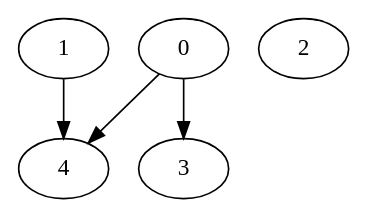
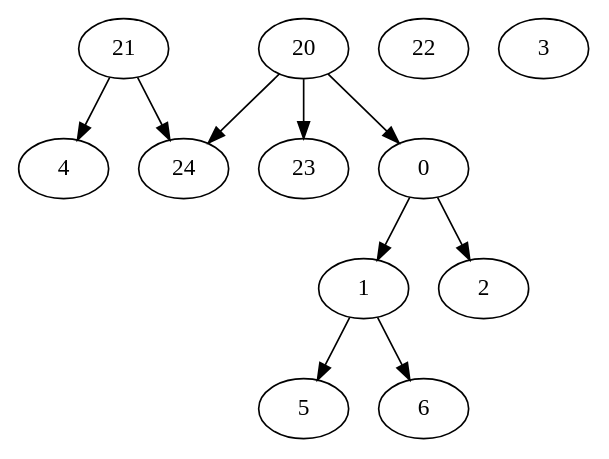
One commit to mohan-cao/revilo changed the diagram in test_inputs/multiple_sources-output.dot. Above: the diagram before and after it, drawn with Graphviz. The commit also changed 11 other files, not shown here.

```diff
--- a/test_inputs/multiple_sources-output.dot
+++ b/test_inputs/multiple_sources-output.dot
@@ -1,10 +1,23 @@
 digraph "output" {
-		1		[Weight=3,Start=4,Processor=0];
-		0		[Weight=4,Start=0,Processor=0];
-		2		[Weight=5,Start=0,Processor=1];
-		3		[Weight=6,Start=5,Processor=1];
-		4		[Weight=4,Start=7,Processor=0];
-		1 -> 4	[Weight=3];
-		0 -> 3	[Weight=1];
-		0 -> 4	[Weight=4];
+		21		[Weight=3,Start=0,Processor=0];
+		20		[Weight=4,Start=0,Processor=1];
+		22		[Weight=5,Start=0,Processor=3];
+		23		[Weight=6,Start=5,Processor=0];
+		24		[Weight=4,Start=11,Processor=0];
+		0		[Weight=50,Start=4,Processor=1];
+		1		[Weight=70,Start=54,Processor=1];
+		2		[Weight=90,Start=61,Processor=0];
+		3		[Weight=100,Start=0,Processor=2];
+		4		[Weight=40,Start=151,Processor=0];
+		5		[Weight=20,Start=191,Processor=0];
+		6		[Weight=100,Start=124,Processor=1];
+		21 -> 24	[Weight=3];
+		21 -> 4	[Weight=10];
+		20 -> 23	[Weight=1];
+		20 -> 24	[Weight=4];
+		20 -> 0	[Weight=4];
+		0 -> 1	[Weight=9];
+		0 -> 2	[Weight=7];
+		1 -> 5	[Weight=7];
+		1 -> 6	[Weight=5];
 }
```
